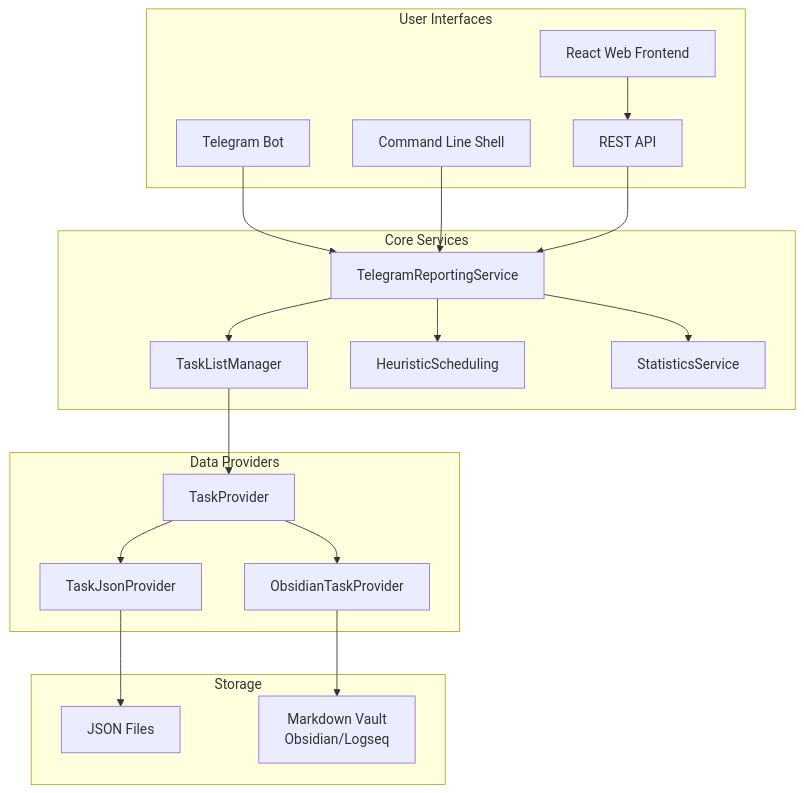
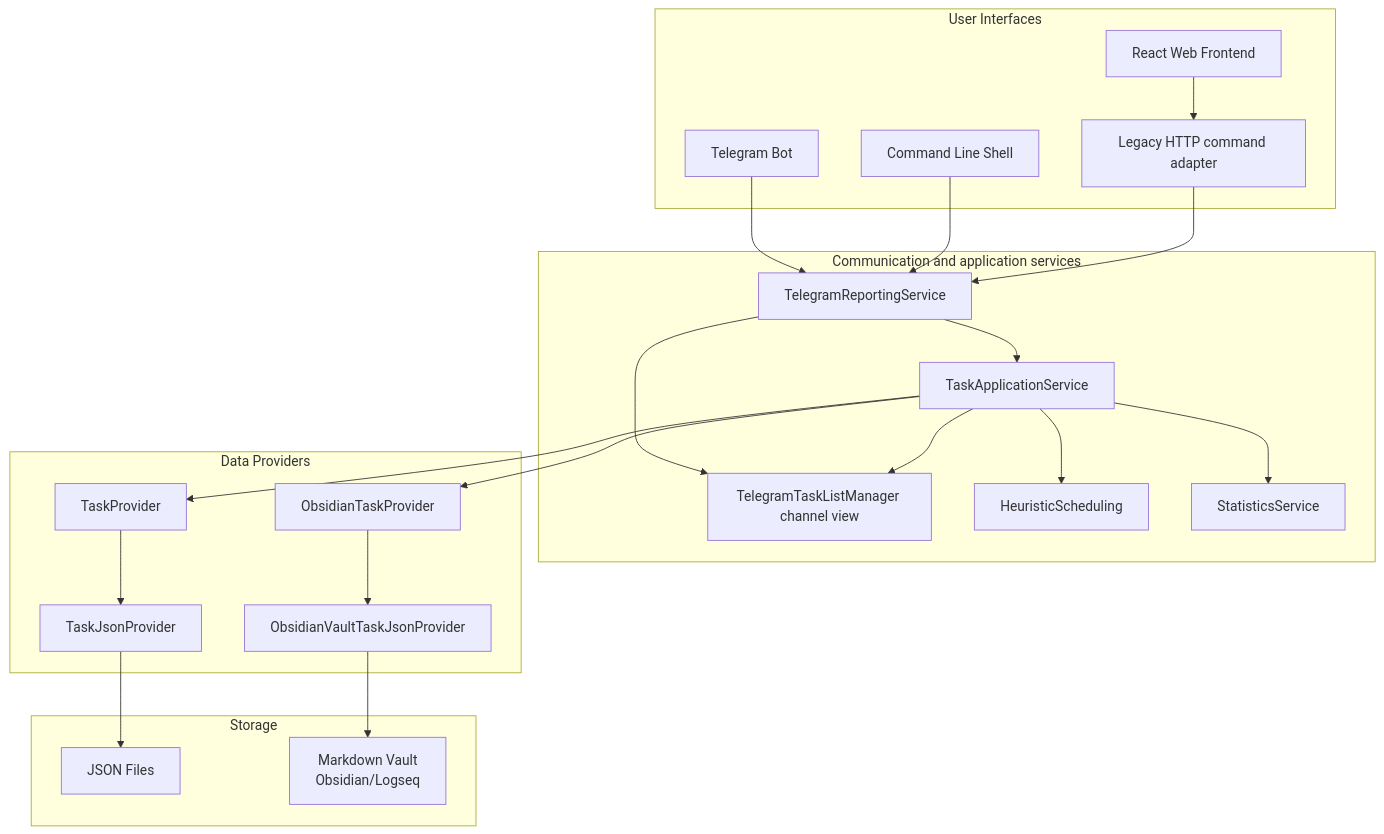
One commit to ElrikPiro/advanced-task-manager changed the diagram in ARCHITECTURE.md. Above: the diagram before and after it, drawn with Mermaid. The commit also changed other lines of this file and 28 other files, not shown here.

````diff
--- a/ARCHITECTURE.md
+++ b/ARCHITECTURE.md
@@ -9,40 +9,45 @@
 ```mermaid
 graph TB
     subgraph "User Interfaces"
         A[Telegram Bot]
         B[Command Line Shell]
-        C[REST API]
+        C[Legacy HTTP command adapter]
         M[React Web Frontend]
     end
 
-    subgraph "Core Services"
+    subgraph "Communication and application services"
         D[TelegramReportingService]
-        E[TaskListManager]
-        F[HeuristicScheduling]
-        G[StatisticsService]
+        E[TaskApplicationService]
+        F[TelegramTaskListManager channel view]
+        G[HeuristicScheduling]
+        H[StatisticsService]
     end
 
     subgraph "Data Providers"
-        H[TaskProvider]
-        I[TaskJsonProvider]
-        J[ObsidianTaskProvider]
+        I[TaskProvider]
+        J[TaskJsonProvider]
+        K[ObsidianTaskProvider]
+        L[ObsidianVaultTaskJsonProvider]
     end
 
     subgraph "Storage"
-        K[JSON Files]
-        L[Markdown Vault<br/>Obsidian/Logseq]
+        N[JSON Files]
+        O[Markdown Vault<br/>Obsidian/Logseq]
     end
 
     A --> D
     B --> D
     C --> D
     M --> C
     D --> E
     D --> F
-    D --> G
+    E --> F
+    E --> G
     E --> H
-    H --> I
-    H --> J
-    I --> K
-    J --> L
+    E --> I
+    E --> K
+    I --> J
+    J --> N
+    K --> L
+    L --> O
 ```
````
